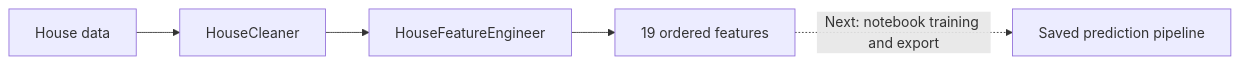
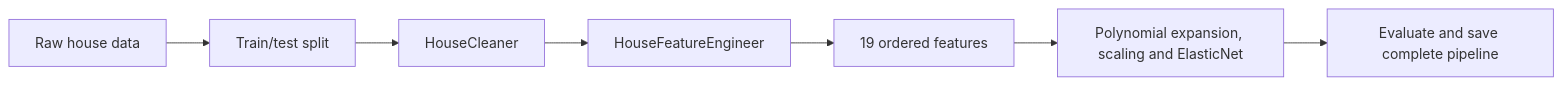
Before and after one commit to roy-nfisch/king-county-house-price-app: the diagram in README.md, drawn with Mermaid. The commit also changed other lines of this file and 5 other files, not shown here.

First line of the commit message:
feat: connect notebook preprocessing to model training and export

````diff
--- a/README.md
+++ b/README.md
@@ -19,7 +21,9 @@
 ```mermaid
 flowchart LR
-    A[House data] --> B[HouseCleaner]
+    A[Raw house data] --> S[Train/test split]
+    S --> B[HouseCleaner]
     B --> C[HouseFeatureEngineer]
     C --> D[19 ordered features]
-    D -. Next: notebook training and export .-> E[Saved prediction pipeline]
+    D --> M[Polynomial expansion, scaling and ElasticNet]
+    M --> E[Evaluate and save complete pipeline]
 ```
````
